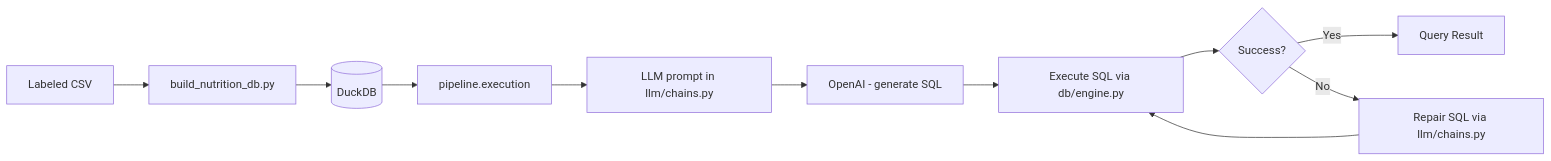
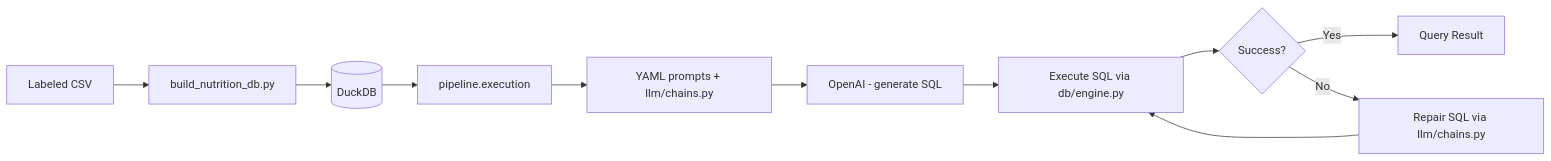
One commit to Hrsh-12/talk2data changed the second of 2 diagrams in docs/Codebase.md. Above: the diagram before and after it, drawn with Mermaid. The commit also changed other lines of this file and 31 other files, not shown here.

````diff
--- a/docs/Codebase.md
+++ b/docs/Codebase.md
@@ -250,13 +277,13 @@
 ```mermaid
 flowchart LR
     A[Labeled CSV] --> B[build_nutrition_db.py]
     B --> C[(DuckDB)]
     C --> D[pipeline.execution]
-    D --> E[LLM prompt in llm/chains.py]
+    D --> E[YAML prompts + llm/chains.py]
     E --> F[OpenAI - generate SQL]
     F --> G[Execute SQL via db/engine.py]
     G --> H{Success?}
     H -- Yes --> I[Query Result]
     H -- No --> J[Repair SQL via llm/chains.py]
     J --> G
 ```
````
